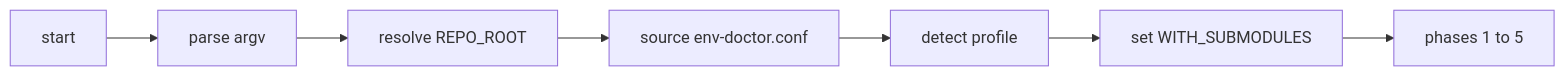
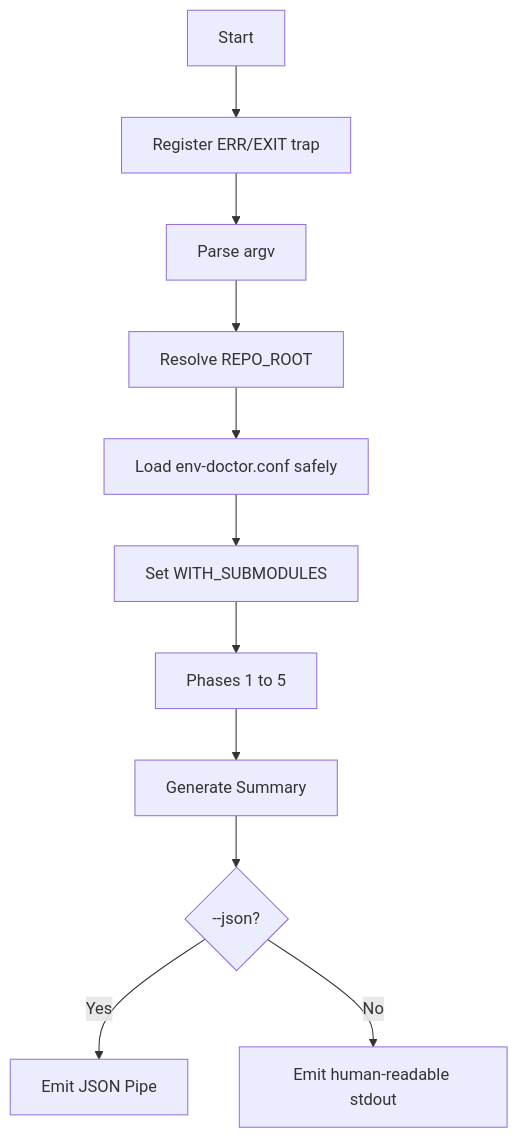
One commit to k-dot-greyz/env-doctor changed the diagram in docs/ARCHITECTURE.md. Above: the diagram before and after it, drawn with Mermaid. The commit also changed other lines of this file and 17 other files, not shown here.

````diff
--- a/docs/ARCHITECTURE.md
+++ b/docs/ARCHITECTURE.md
@@ -44,9 +66,13 @@
 ```mermaid
-flowchart LR
-  start[start] --> argv[parse argv]
-  argv --> root[resolve REPO_ROOT]
-  root --> conf[source env-doctor.conf]
-  conf --> profile[detect profile]
-  profile --> submod[set WITH_SUBMODULES]
-  submod --> phases[phases 1 to 5]
+flowchart TD
+  startNode[Start] --> trap[Register ERR/EXIT trap]
+  trap --> argv[Parse argv]
+  argv --> root[Resolve REPO_ROOT]
+  root --> conf[Load env-doctor.conf safely]
+  conf --> submod[Set WITH_SUBMODULES]
+  submod --> phases[Phases 1 to 5]
+  phases --> summary[Generate Summary]
+  summary --> output{--json?}
+  output -->|Yes| json[Emit JSON Pipe]
+  output -->|No| stdout[Emit human-readable stdout]
 ```
````
